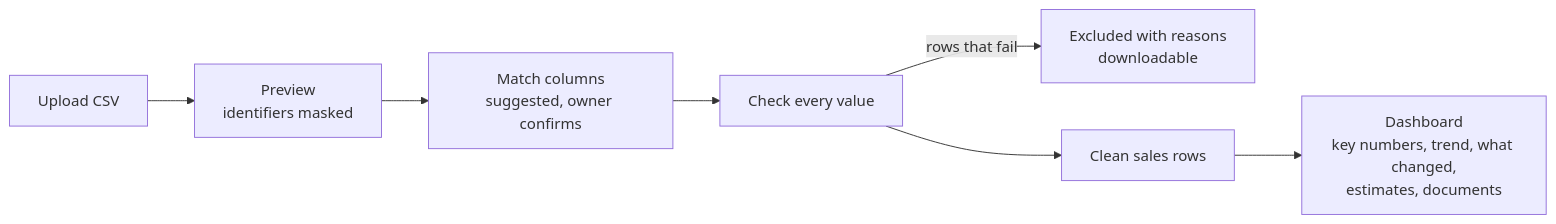
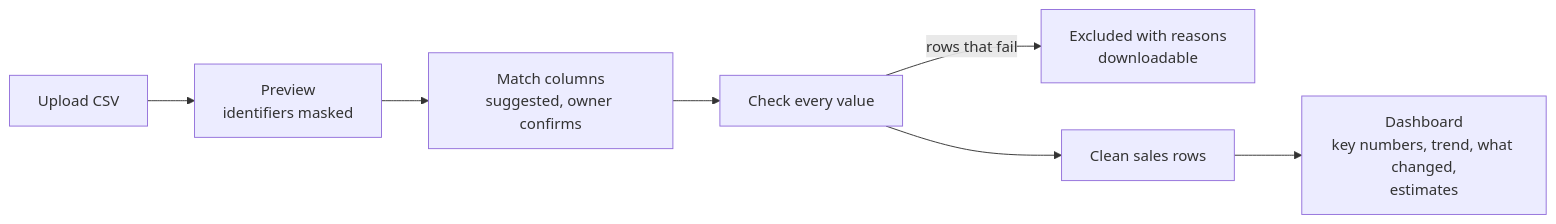
The second of 2 diagrams in README.md (tonysoftwarengineer/ecommerce-intelligence-sales-system), drawn with Mermaid before and after one commit. The commit also changed other lines of this file and 93 other files, not shown here.

````diff
--- a/README.md
+++ b/README.md
@@ -73,9 +66,9 @@
 ```mermaid
 flowchart LR
     A["Upload CSV"] --> B["Preview<br/>identifiers masked"]
     B --> C["Match columns<br/>suggested, owner confirms"]
     C --> D["Check every value"]
     D -->|"rows that fail"| Q["Excluded with reasons<br/>downloadable"]
     D --> E["Clean sales rows"]
-    E --> F["Dashboard<br/>key numbers, trend, what changed,<br/>estimates, documents"]
+    E --> F["Dashboard<br/>key numbers, trend, what changed,<br/>estimates"]
 ```
````
